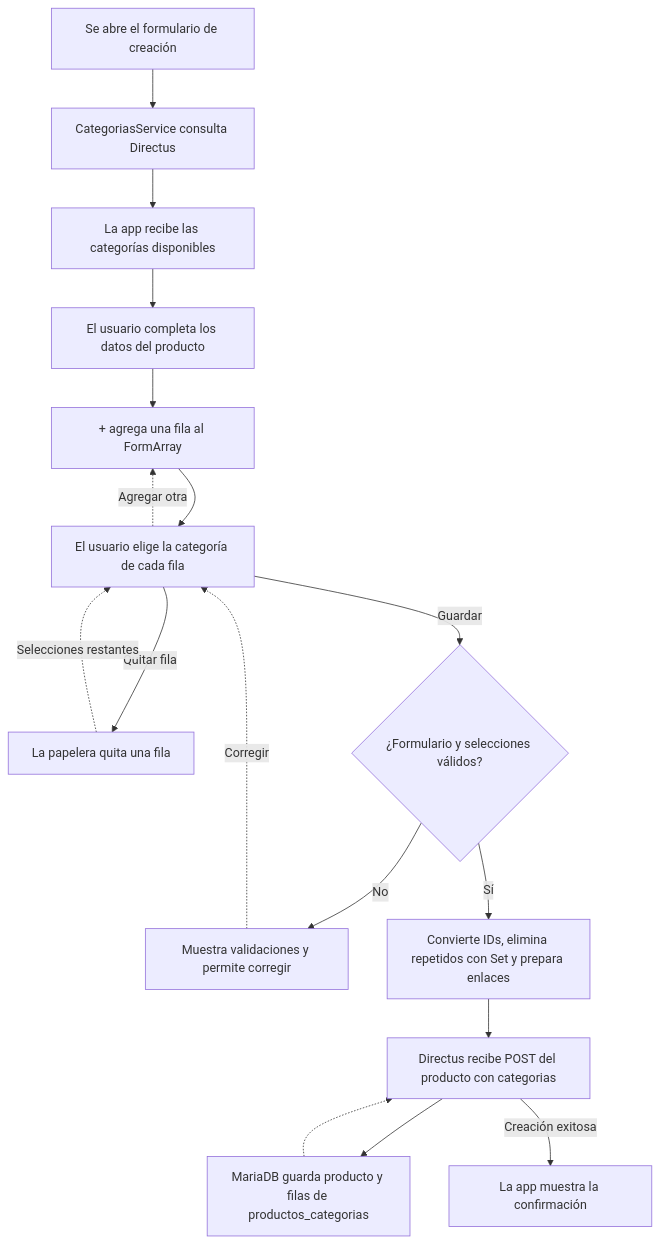
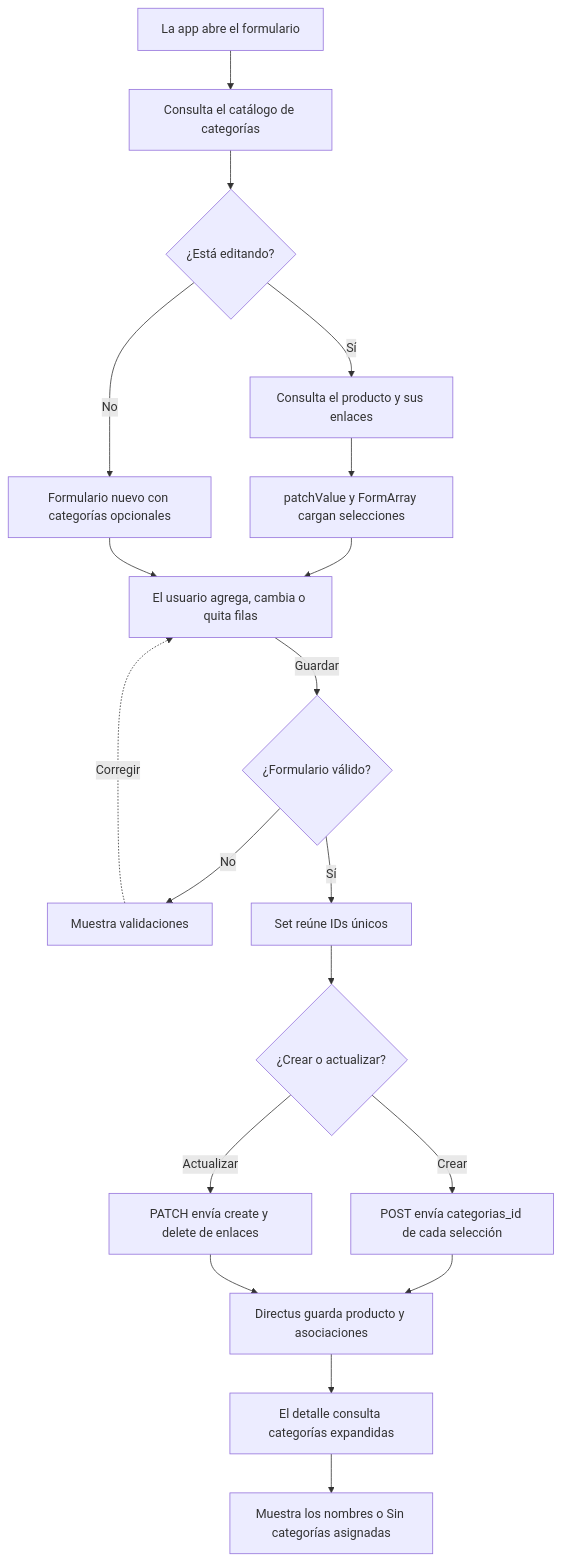
Before and after one commit to JonathanDeLaCruz/docker_moviles: the diagram in docs/manuales/recursos/flujos/14-categorias.mmd, drawn with Mermaid. The commit also changed 5 other files, not shown here.

Commit message:
Completa categorías en creación edición y detalle del manual 14

```diff
--- a/docs/manuales/recursos/flujos/14-categorias.mmd
+++ b/docs/manuales/recursos/flujos/14-categorias.mmd
@@ -1,30 +1,35 @@
 flowchart TD
-  A["Se abre el formulario de creación"]
-  LOAD["CategoriasService consulta Directus"]
-  OPTIONS["La app recibe las categorías disponibles"]
-  FORM["El usuario completa los datos del producto"]
-  PLUS["+ agrega una fila al FormArray"]
-  SELECT["El usuario elige la categoría de cada fila"]
-  TRASH["La papelera quita una fila"]
-  VALID{"¿Formulario y selecciones válidos?"}
-  INVALID["Muestra validaciones y permite corregir"]
-  JSON["Convierte IDs, elimina repetidos con Set y prepara enlaces"]
-  POST["Directus recibe POST del producto con categorias"]
-  DB["MariaDB guarda producto y filas de productos_categorias"]
-  DONE["La app muestra la confirmación"]
-  A --> LOAD
-  LOAD --> OPTIONS
-  OPTIONS --> FORM
-  FORM --> PLUS
-  PLUS --> SELECT
-  SELECT -->|"Quitar fila"| TRASH
-  TRASH -.->|"Selecciones restantes"| SELECT
-  SELECT -->|"Guardar"| VALID
-  VALID -->|"No"| INVALID
-  INVALID -.->|"Corregir"| SELECT
-  VALID -->|"Sí"| JSON
-  JSON --> POST
+  A["La app abre el formulario"]
+  CAT["Consulta el catálogo de categorías"]
+  MODE{"¿Está editando?"}
+  LOAD["Consulta el producto y sus enlaces"]
+  FILL["patchValue y FormArray cargan selecciones"]
+  NEW["Formulario nuevo con categorías opcionales"]
+  EDIT["El usuario agrega, cambia o quita filas"]
+  VALID{"¿Formulario válido?"}
+  ERR["Muestra validaciones"]
+  IDS["Set reúne IDs únicos"]
+  SAVE{"¿Crear o actualizar?"}
+  POST["POST envía categorias_id de cada selección"]
+  PATCH["PATCH envía create y delete de enlaces"]
+  DB["Directus guarda producto y asociaciones"]
+  DETAIL["El detalle consulta categorías expandidas"]
+  VIEW["Muestra los nombres o Sin categorías asignadas"]
+  A --> CAT
+  CAT --> MODE
+  MODE -->|"Sí"| LOAD
+  LOAD --> FILL
+  FILL --> EDIT
+  MODE -->|"No"| NEW
+  NEW --> EDIT
+  EDIT -->|"Guardar"| VALID
+  VALID -->|"No"| ERR
+  ERR -.->|"Corregir"| EDIT
+  VALID -->|"Sí"| IDS
+  IDS --> SAVE
+  SAVE -->|"Crear"| POST
+  SAVE -->|"Actualizar"| PATCH
   POST --> DB
-  DB -.-> POST
-  POST -->|"Creación exitosa"| DONE
-  SELECT -.->|"Agregar otra"| PLUS
+  PATCH --> DB
+  DB --> DETAIL
+  DETAIL --> VIEW
```
